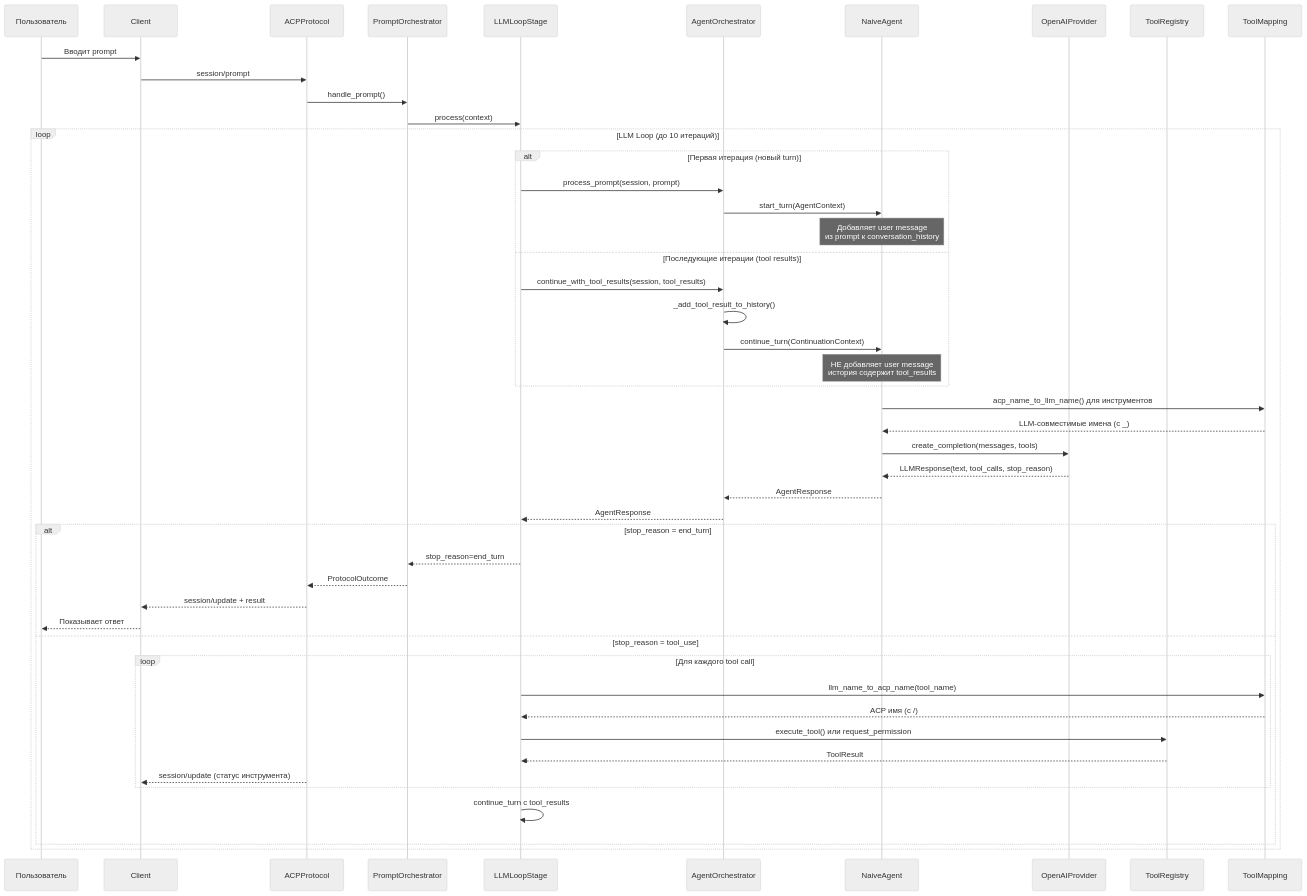
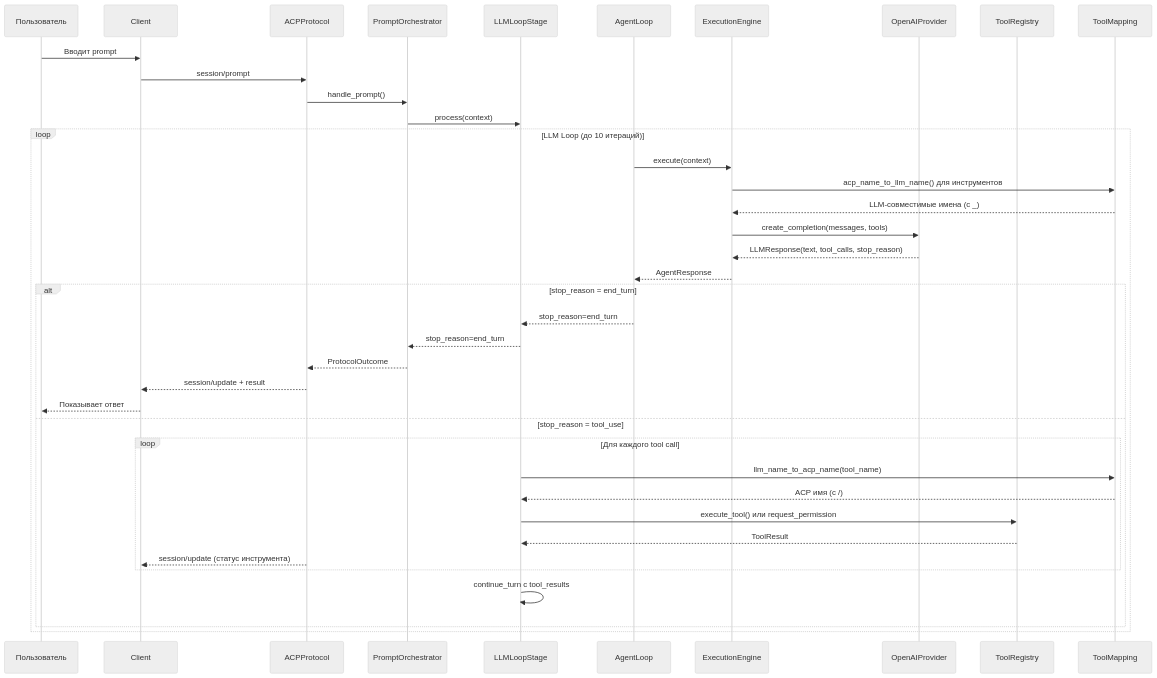
One commit to pese-git/codelab-agent changed the ninth of 14 diagrams in doc/product/overview/02-architecture.md. Above: the diagram before and after it, drawn with Mermaid (neutral theme). The commit also changed other lines of this file and 9 other files, not shown here.

````diff
--- a/doc/product/overview/02-architecture.md
+++ b/doc/product/overview/02-architecture.md
@@ -466,53 +444,44 @@
 ```mermaid
 sequenceDiagram
     participant U as Пользователь
     participant C as Client
     participant S as ACPProtocol
     participant PO as PromptOrchestrator
     participant LL as LLMLoopStage
-    participant ORCH as AgentOrchestrator
-    participant AG as NaiveAgent
+    participant AL as AgentLoop
+    participant EE as ExecutionEngine
     participant LLM as OpenAIProvider
     participant TR as ToolRegistry
     participant TM as ToolMapping
 
     U->>C: Вводит prompt
     C->>S: session/prompt
     S->>PO: handle_prompt()
     PO->>LL: process(context)
 
     loop LLM Loop (до 10 итераций)
-        alt Первая итерация (новый turn)
-            LL->>ORCH: process_prompt(session, prompt)
-            ORCH->>AG: start_turn(AgentContext)
-            Note over AG: Добавляет user message<br/>из prompt к conversation_history
-        else Последующие итерации (tool results)
-            LL->>ORCH: continue_with_tool_results(session, tool_results)
-            ORCH->>ORCH: _add_tool_result_to_history()
-            ORCH->>AG: continue_turn(ContinuationContext)
-            Note over AG: НЕ добавляет user message<br/>история содержит tool_results
-        end
-        AG->>TM: acp_name_to_llm_name() для инструментов
-        TM-->>AG: LLM-совместимые имена (с _)
-        AG->>LLM: create_completion(messages, tools)
-        LLM-->>AG: LLMResponse(text, tool_calls, stop_reason)
-        AG-->>ORCH: AgentResponse
-        ORCH-->>LL: AgentResponse
+        AL->>EE: execute(context)
+        EE->>TM: acp_name_to_llm_name() для инструментов
+        TM-->>EE: LLM-совместимые имена (с _)
+        EE->>LLM: create_completion(messages, tools)
+        LLM-->>EE: LLMResponse(text, tool_calls, stop_reason)
+        EE-->>AL: AgentResponse
 
         alt stop_reason = end_turn
+            AL-->>LL: stop_reason=end_turn
             LL-->>PO: stop_reason=end_turn
             PO-->>S: ProtocolOutcome
             S-->>C: session/update + result
             C-->>U: Показывает ответ
         else stop_reason = tool_use
             loop Для каждого tool call
                 LL->>TM: llm_name_to_acp_name(tool_name)
                 TM-->>LL: ACP имя (с /)
                 LL->>TR: execute_tool() или request_permission
                 TR-->>LL: ToolResult
                 S-->>C: session/update (статус инструмента)
             end
             LL->>LL: continue_turn с tool_results
         end
     end
 ```
````
